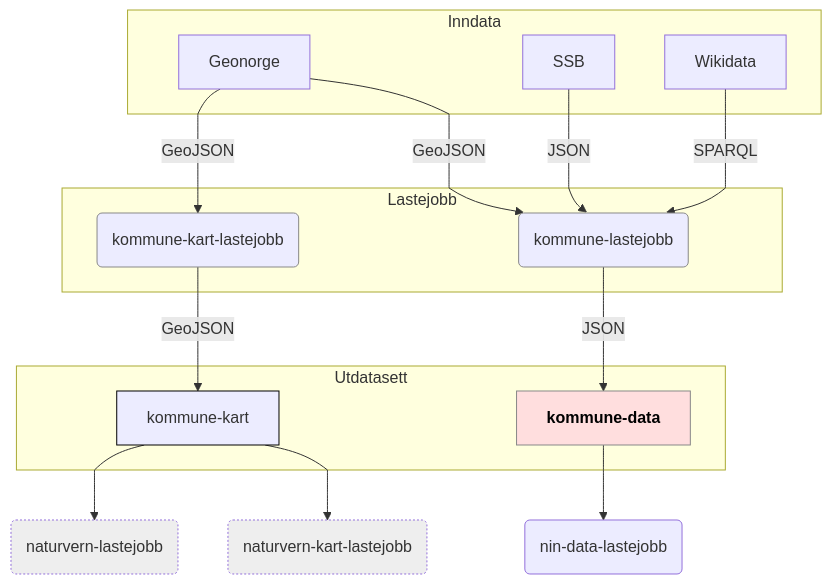
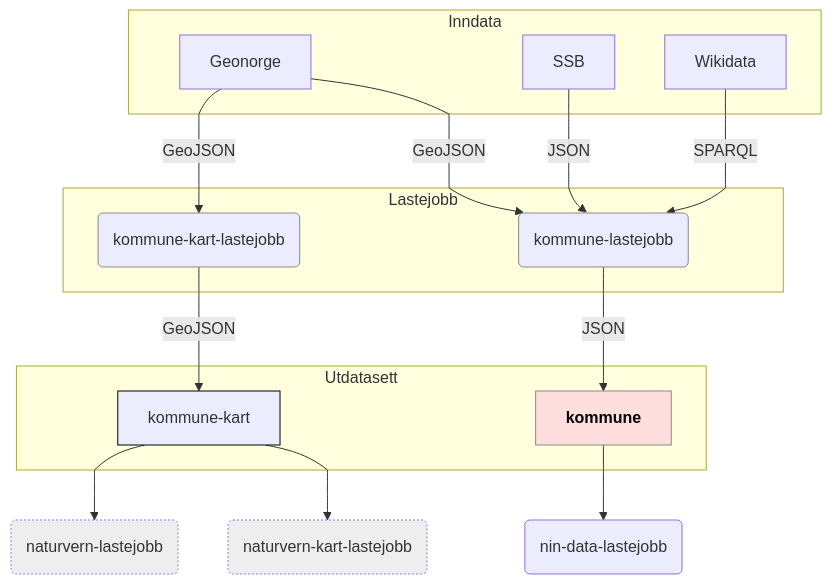
The diagram in doc/flytdiagram.md (Artsdatabanken/kommune-data), drawn with Mermaid before and after one commit. The commit also changed 1 other file, not shown here.

Commit message:
Kommune-data -> kommune

````diff
--- a/doc/flytdiagram.md
+++ b/doc/flytdiagram.md
@@ -1,46 +1,47 @@
 ```mermaid
+
 graph TB;
   linkStyle default interpolate monotoneX
     subgraph Inndata
       geonorge[Geonorge]
       wikidata[Wikidata]
       ssb[SSB]
     end
     subgraph Lastejobb
       kommune-kart-lastejobb(kommune-kart-lastejobb)
       kommune-lastejobb(kommune-lastejobb)
     end
     subgraph Utdatasett
       kommune-kart[kommune-kart]
-      kommune-data[kommune-data]
+      kommune[kommune]
     end
     geonorge-->|GeoJSON|kommune-kart-lastejobb;
     geonorge-->|GeoJSON|kommune-lastejobb;
     ssb-->|JSON|kommune-lastejobb;
     wikidata-->|SPARQL|kommune-lastejobb;
     kommune-kart-lastejobb-->|GeoJSON|kommune-kart;
-    kommune-lastejobb-->|JSON|kommune-data;
+    kommune-lastejobb-->|JSON|kommune;
     kommune-kart-->naturvern-lastejobb(naturvern-lastejobb);
     kommune-kart-->naturvern-kart-lastejobb(naturvern-kart-lastejobb);
-    kommune-data-->nin-data-lastejobb(nin-data-lastejobb);
+    kommune-->nin-data-lastejobb(nin-data-lastejobb);
     click kommune-lastejobb "https://github.com/Artsdatabanken/kommune-lastejobb" "_"
-    click xkommune-data "https://github.com/Artsdatabanken/kommune-data" "_"
+    click xkommune "https://github.com/Artsdatabanken/kommune" "_"
     click kommune-kart "https://github.com/Artsdatabanken/kommune-kart" "_"
     click kommune-kart-lastejobb "https://github.com/Artsdatabanken/kommune-kart-lastejobb" "_"
     click geonorge "https://geonorge.no" "_"
     click wikidata "https://www.wikidata.org/wiki/Q15284" "_"
     click ssb "https://www.ssb.no" "_"
 
-class kommune-data focus
+class kommune focus
 class geonorge,wikidata,ssb data
-class kommunex-data,kommune-kart, utdata
+class xkommune,kommune-kart, utdata
 class kommune-lastejobb,kommune-kart-lastejobb lastejobb
 class naturvern-lastejobb,naturvern-kart-lastejobb,nin-lastejobb-egenskaper next
 classDef focusx stroke:#888,stroke-width:3px,font-weight:600;
 classDef focus color:#000,fill:#ffdede,stroke:#888,stroke-widthx:3px,font-weight:600;
 classDef data fillx:#ffd;
 classDef lastejobb fillx:#fff,stroke:#888;
 classDef utdata fillx:#ffa,stroke:#000;
 classDef next fill:#eee,stroke-dasharray: 2, 2;
 
 ```
````
